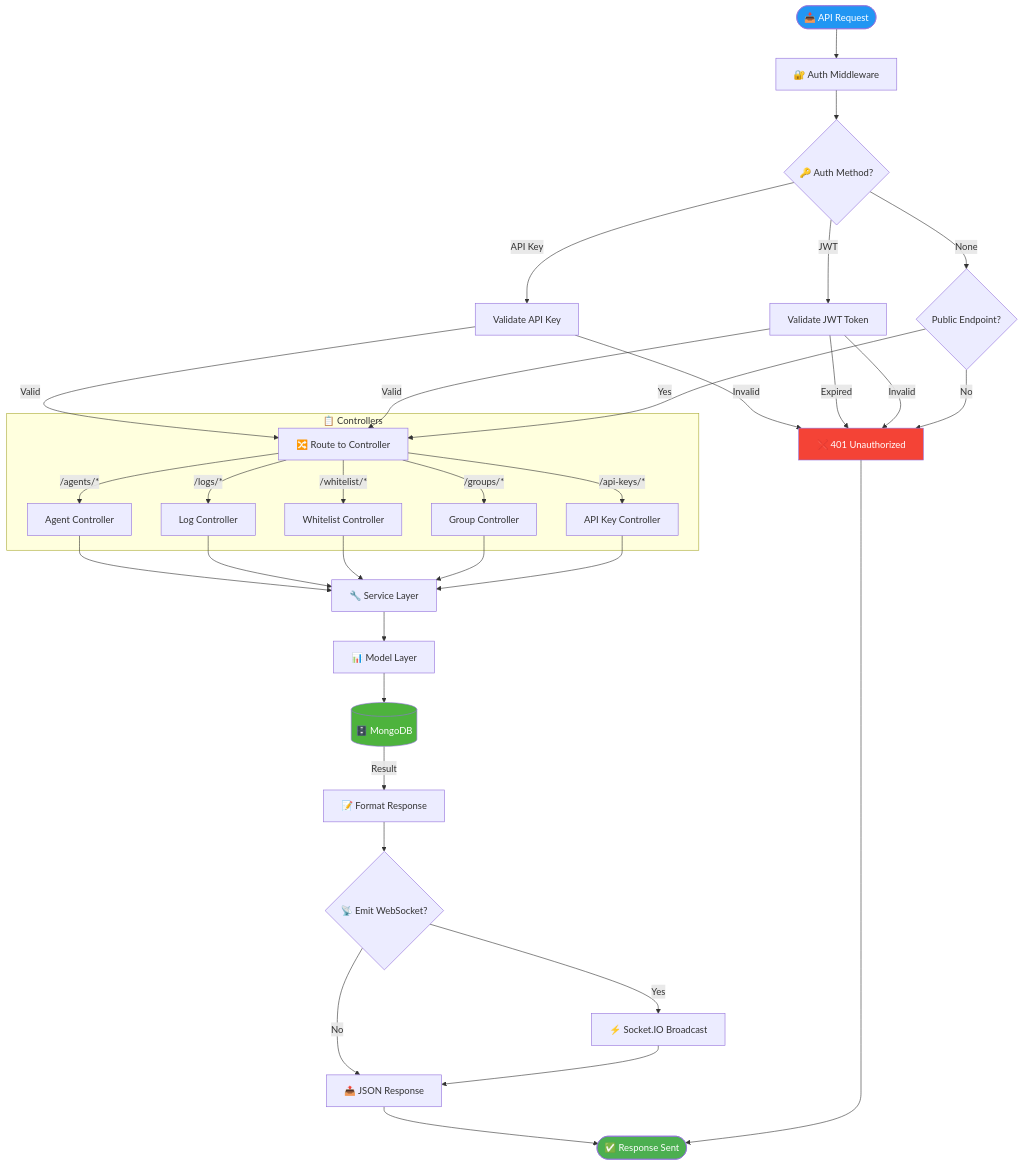
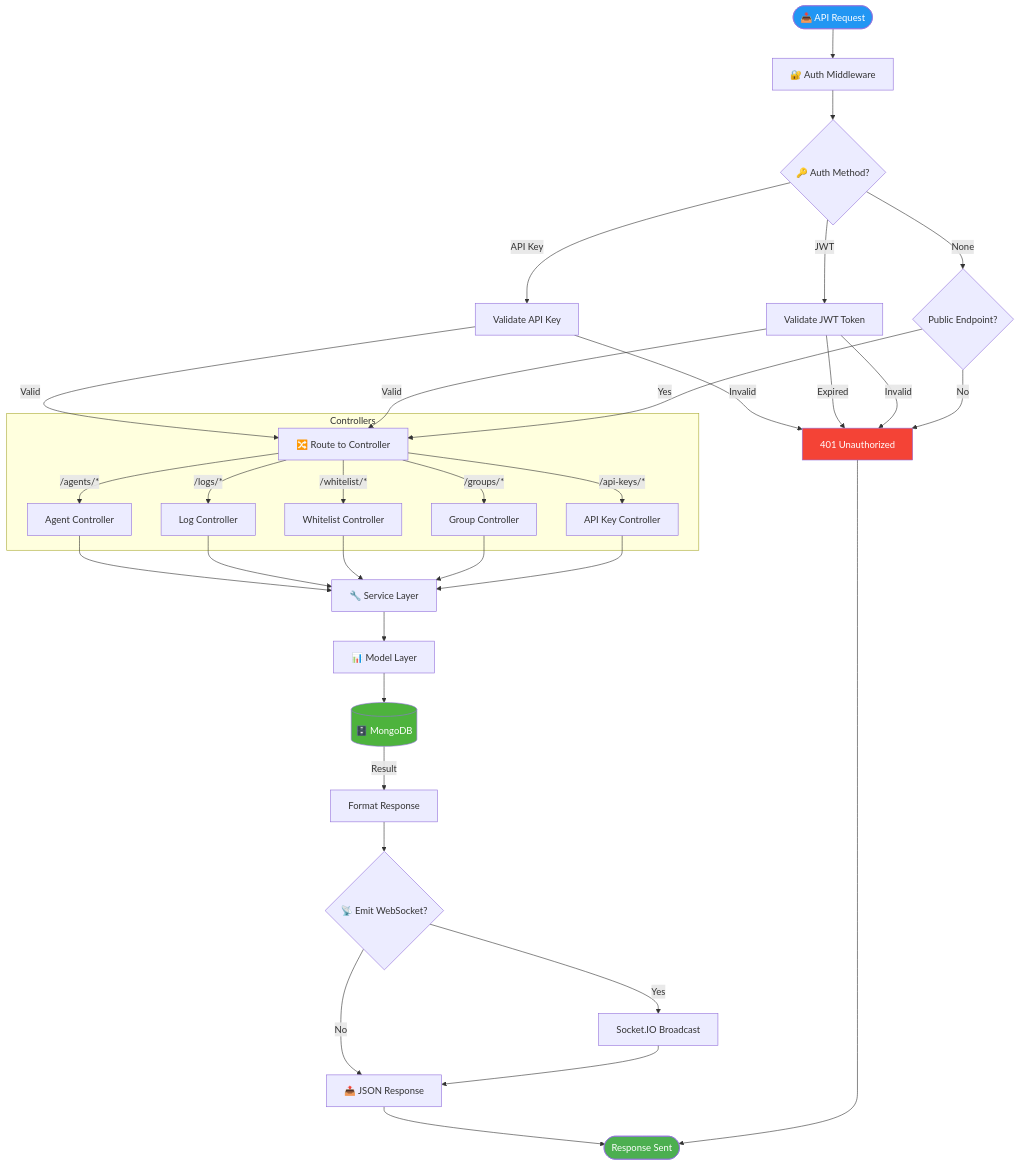
One commit to Son0ngu/Centralized_Network_Access_Control_System_for_Computer_Labs changed the seventh of 13 diagrams in docs/diagrams/FLOW_DIAGRAMS.md. Above: the diagram before and after it, drawn with Mermaid. The commit also changed other lines of this file and 65 other files, not shown here.

````diff
--- a/docs/diagrams/FLOW_DIAGRAMS.md
+++ b/docs/diagrams/FLOW_DIAGRAMS.md
@@ -371,55 +371,55 @@
 ```mermaid
 flowchart TD
     REQUEST([📥 API Request]) --> MIDDLEWARE["🔐 Auth Middleware"]
     
     MIDDLEWARE --> CHECK_AUTH{"🔑 Auth Method?"}
     
     CHECK_AUTH --> |API Key| VALIDATE_KEY["Validate API Key"]
     CHECK_AUTH --> |JWT| VALIDATE_JWT["Validate JWT Token"]
     CHECK_AUTH --> |None| CHECK_PUBLIC{"Public Endpoint?"}
     
     VALIDATE_KEY --> |Valid| ROUTE
-    VALIDATE_KEY --> |Invalid| AUTH_FAIL["❌ 401 Unauthorized"]
+    VALIDATE_KEY --> |Invalid| AUTH_FAIL["401 Unauthorized"]
     
     VALIDATE_JWT --> |Valid| ROUTE
     VALIDATE_JWT --> |Expired| AUTH_FAIL
     VALIDATE_JWT --> |Invalid| AUTH_FAIL
     
     CHECK_PUBLIC --> |Yes| ROUTE
     CHECK_PUBLIC --> |No| AUTH_FAIL
     
     ROUTE["🔀 Route to Controller"]
     
-    subgraph "📋 Controllers"
+    subgraph "Controllers"
         ROUTE --> |/agents/*| AGENT_CTRL["Agent Controller"]
         ROUTE --> |/logs/*| LOG_CTRL["Log Controller"]
         ROUTE --> |/whitelist/*| WL_CTRL["Whitelist Controller"]
         ROUTE --> |/groups/*| GROUP_CTRL["Group Controller"]
         ROUTE --> |/api-keys/*| KEY_CTRL["API Key Controller"]
     end
     
     AGENT_CTRL --> SERVICE["🔧 Service Layer"]
     LOG_CTRL --> SERVICE
     WL_CTRL --> SERVICE
     GROUP_CTRL --> SERVICE
     KEY_CTRL --> SERVICE
     
     SERVICE --> MODEL["📊 Model Layer"]
     MODEL --> MONGODB[("🗄️ MongoDB")]
     
-    MONGODB --> |Result| FORMAT["📝 Format Response"]
+    MONGODB --> |Result| FORMAT["Format Response"]
     FORMAT --> EMIT_WS{"📡 Emit WebSocket?"}
     
-    EMIT_WS --> |Yes| SOCKETIO["⚡ Socket.IO Broadcast"]
+    EMIT_WS --> |Yes| SOCKETIO["Socket.IO Broadcast"]
     EMIT_WS --> |No| RESPONSE
     
     SOCKETIO --> RESPONSE["📤 JSON Response"]
-    RESPONSE --> END([✅ Response Sent])
+    RESPONSE --> END([Response Sent])
     
     AUTH_FAIL --> END
     
     style REQUEST fill:#2196F3,color:#fff
     style END fill:#4CAF50,color:#fff
     style AUTH_FAIL fill:#f44336,color:#fff
     style MONGODB fill:#4DB33D,color:#fff
 ```
````
